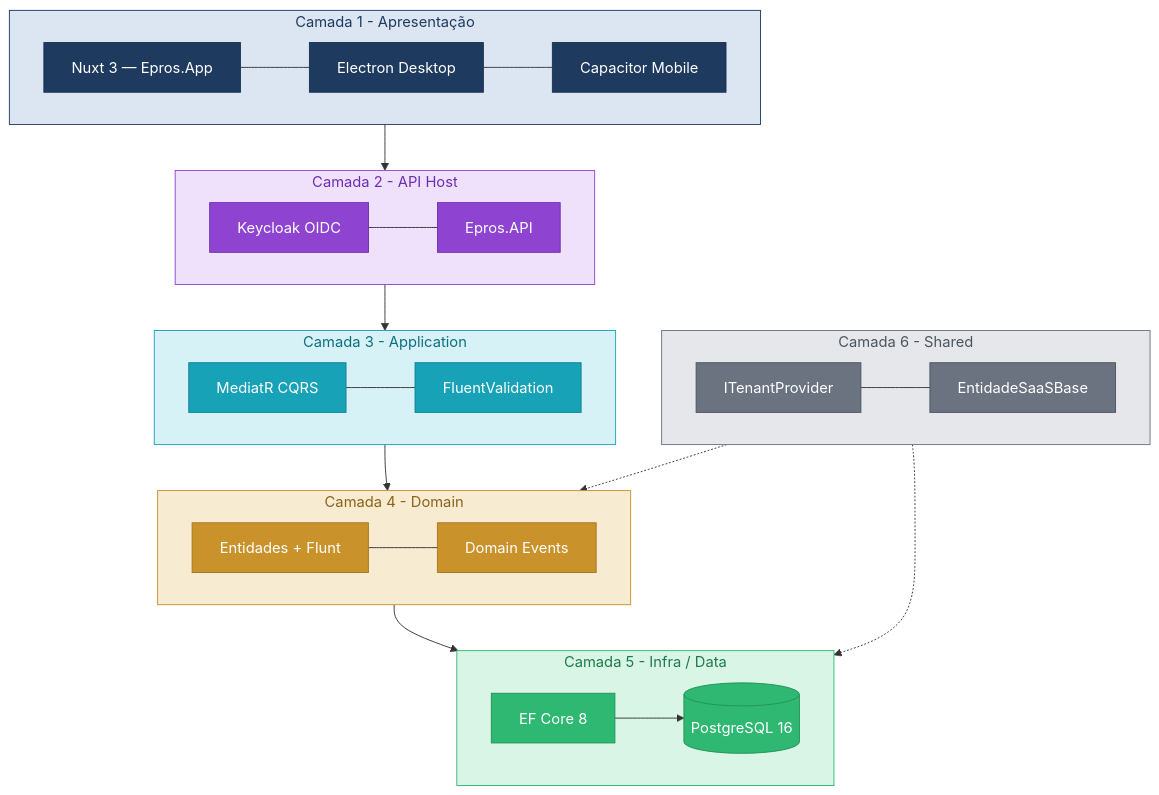
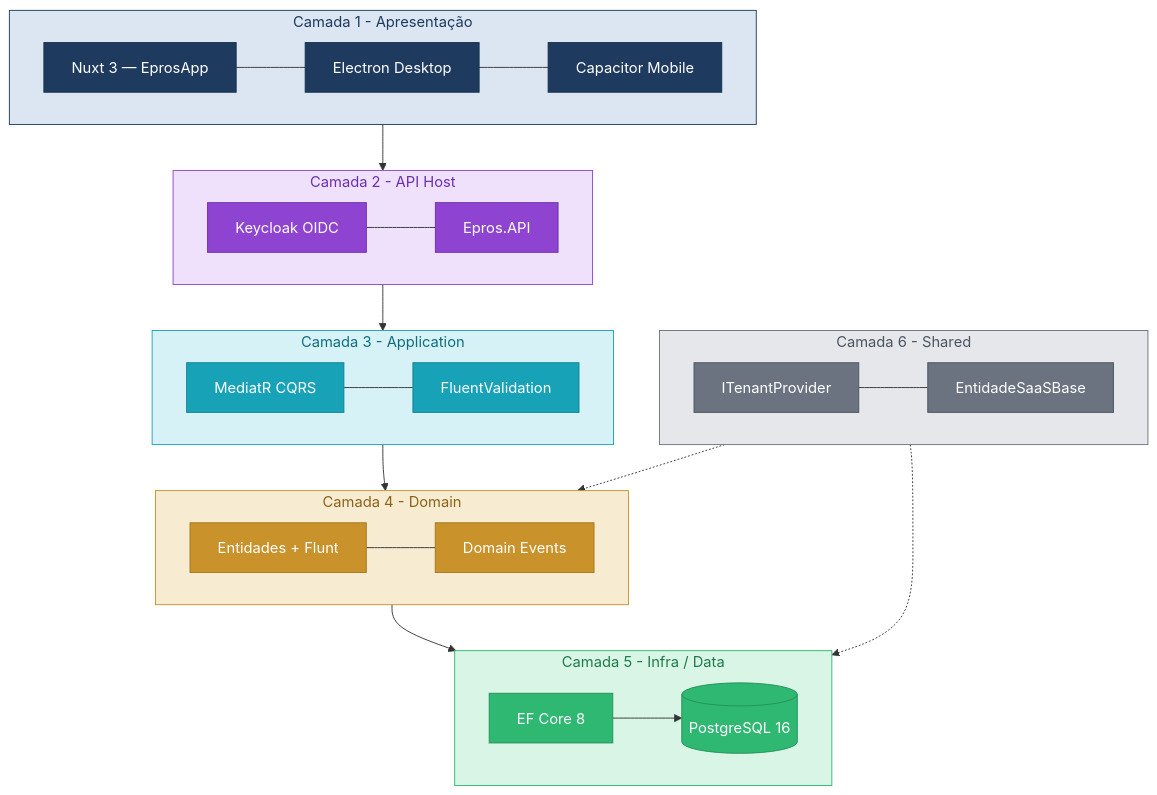
One commit to rrbertuolo21/EprosERP changed the diagram in docs/onboarding/02-monolito-modular.md. Above: the diagram before and after it, drawn with Mermaid. The commit also changed other lines of this file and 584 other files, not shown here.

Commit message:
chore: renomeia Epros.App -> EprosApp (evita macOS tratar pasta como app bundle; corrige refs)

````diff
--- a/docs/onboarding/02-monolito-modular.md
+++ b/docs/onboarding/02-monolito-modular.md
@@ -28,57 +28,57 @@
 ```mermaid
 flowchart TB
     subgraph C1["Camada 1 - Apresentação"]
         direction LR
-        Nuxt["Nuxt 3 — Epros.App"] --- Electron["Electron Desktop"] --- Capacitor["Capacitor Mobile"]
+        Nuxt["Nuxt 3 — EprosApp"] --- Electron["Electron Desktop"] --- Capacitor["Capacitor Mobile"]
     end
 
     subgraph C2["Camada 2 - API Host"]
         direction LR
         Keycloak["Keycloak OIDC"] --- YARP["Epros.API"]
     end
 
     subgraph C3["Camada 3 - Application"]
         direction LR
         MediatR["MediatR CQRS"] --- Fluent["FluentValidation"]
     end
 
     subgraph C4["Camada 4 - Domain"]
         direction LR
         Entidades["Entidades + Flunt"] --- Events["Domain Events"]
     end
 
     subgraph C5["Camada 5 - Infra / Data"]
         direction LR
         EFCore["EF Core 8"] --> Postgres[("PostgreSQL 16")]
     end
 
     subgraph C6["Camada 6 - Shared"]
         direction LR
         ITenant["ITenantProvider"] --- SaaSBase["EntidadeSaaSBase"]
     end
 
     C1 --> C2 --> C3 --> C4 --> C5
     C6 -.-> C4
     C6 -.-> C5
 
     classDef apresentacao fill:#1f3a5f,stroke:#16324f,color:#ffffff
     classDef gateway fill:#8e44d0,stroke:#6c2fb0,color:#ffffff
     classDef application fill:#17a2b8,stroke:#128293,color:#ffffff
     classDef domain fill:#c9922b,stroke:#a5761f,color:#ffffff
     classDef data fill:#2eb872,stroke:#239159,color:#ffffff
     classDef shared fill:#6b7280,stroke:#4b5560,color:#ffffff
 
     class Nuxt,Electron,Capacitor apresentacao
     class Keycloak,YARP gateway
     class MediatR,Fluent application
     class Entidades,Events domain
     class EFCore,Postgres data
     class ITenant,SaaSBase shared
 
     style C1 fill:#dce6f2,stroke:#1f3a5f,color:#1f3a5f
     style C2 fill:#efe1fb,stroke:#8e44d0,color:#6c2fb0
     style C3 fill:#d7f2f6,stroke:#17a2b8,color:#0f6f7e
     style C4 fill:#f7ecd2,stroke:#c9922b,color:#8a6318
     style C5 fill:#d9f5e6,stroke:#2eb872,color:#1e7a4c
     style C6 fill:#e5e7eb,stroke:#6b7280,color:#4b5560
 ```
````
